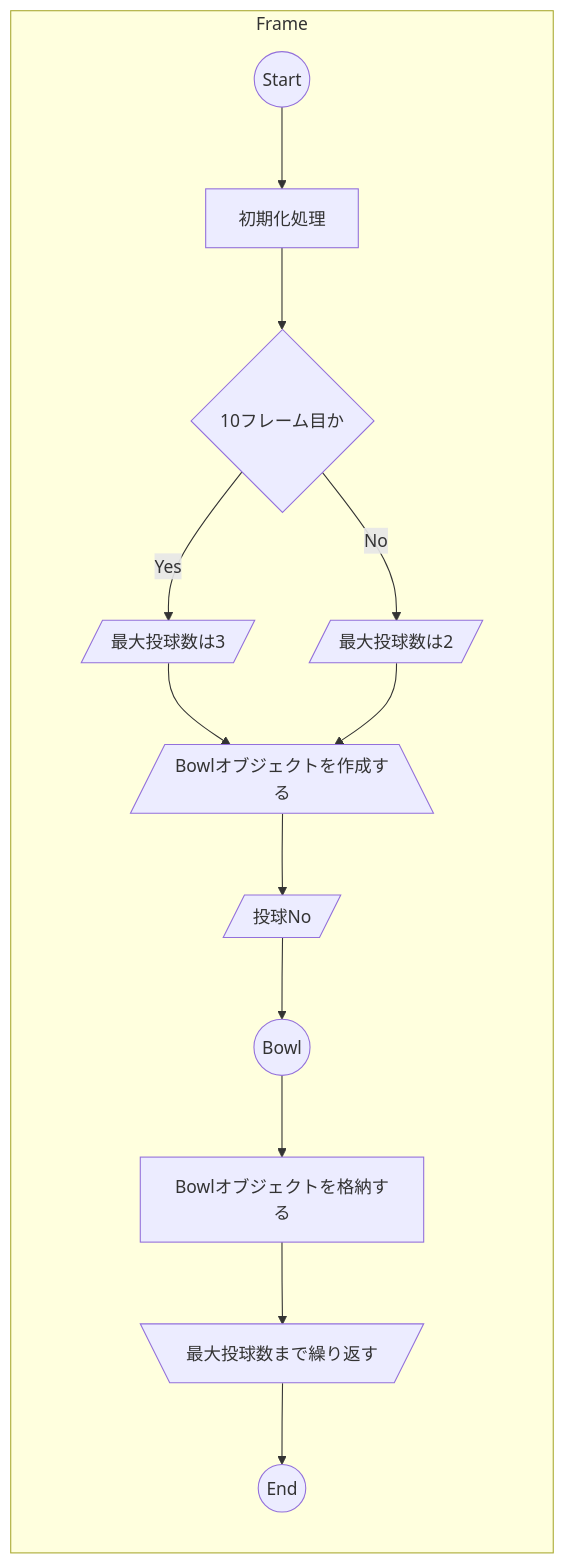
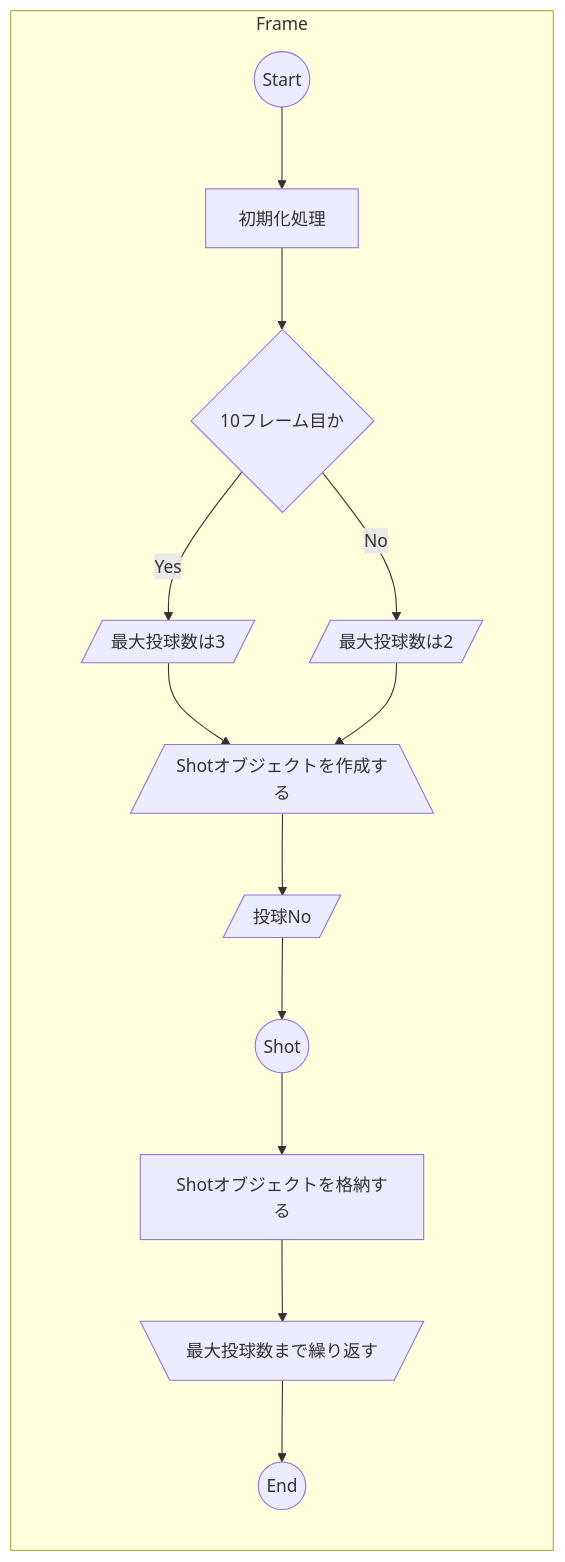
The second of 4 diagrams in 04.bowling/NOTE.md (maeda-m/ruby-practices), drawn with Mermaid before and after one commit. The commit also changed other lines of this file and 1 other file, not shown here.

````diff
--- a/04.bowling/NOTE.md
+++ b/04.bowling/NOTE.md
@@ -51,22 +51,22 @@
 ```mermaid
 flowchart LR
   subgraph Frame
     f-a((Start))
     f-initialize[初期化処理]
     f-frame-num-judge{10フレーム目か}
-    f-max-bowl-2[/最大投球数は2/]
-    f-max-bowl-3[/最大投球数は3/]
+    f-max-shot-2[/最大投球数は2/]
+    f-max-shot-3[/最大投球数は3/]
 
-    f-new-bowl-start[/Bowlオブジェクトを作成する\]
-    f-bowl-num[/投球No/]
-    f-bowl-add[Bowlオブジェクトを格納する]
-    f-new-bowl-finish[\最大投球数まで繰り返す/]
+    f-new-shot-start[/Shotオブジェクトを作成する\]
+    f-shot-num[/投球No/]
+    f-shot-add[Shotオブジェクトを格納する]
+    f-new-shot-finish[\最大投球数まで繰り返す/]
 
     f-z((End))
 
     f-a --> f-initialize --> f-frame-num-judge
-    f-frame-num-judge -- Yes --> f-max-bowl-3 --> f-new-bowl-start
-    f-frame-num-judge -- No --> f-max-bowl-2 --> f-new-bowl-start
-    f-new-bowl-start --> f-bowl-num --> bowl((Bowl)) --> f-bowl-add --> f-new-bowl-finish --> f-z
+    f-frame-num-judge -- Yes --> f-max-shot-3 --> f-new-shot-start
+    f-frame-num-judge -- No --> f-max-shot-2 --> f-new-shot-start
+    f-new-shot-start --> f-shot-num --> shot((Shot)) --> f-shot-add --> f-new-shot-finish --> f-z
   end
 ```
````
